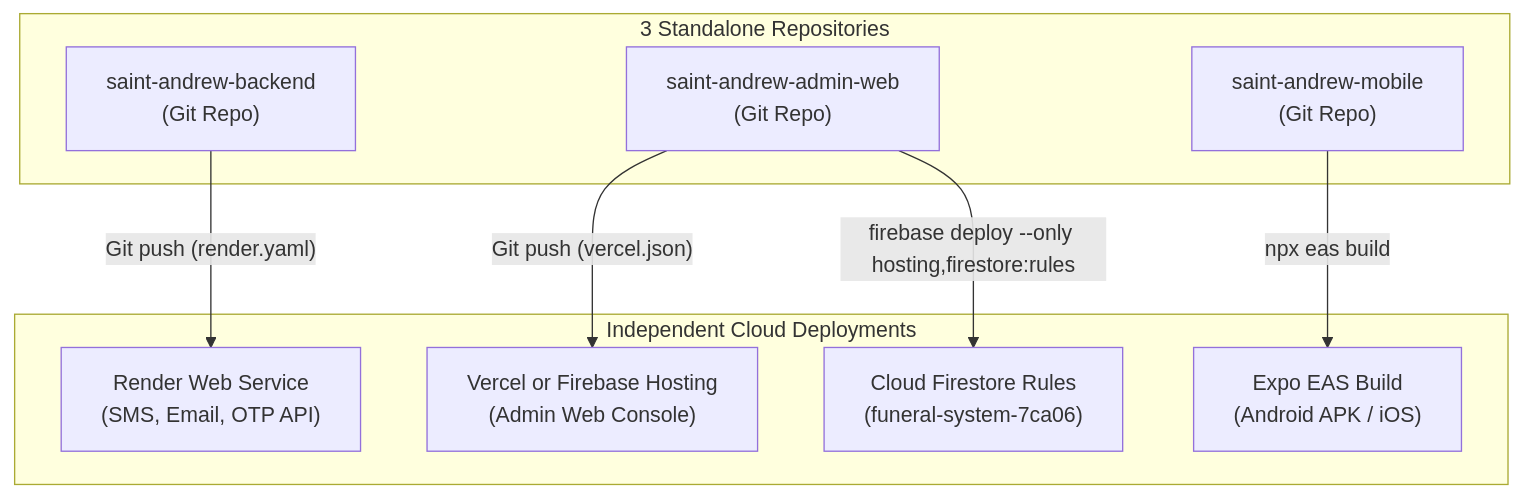
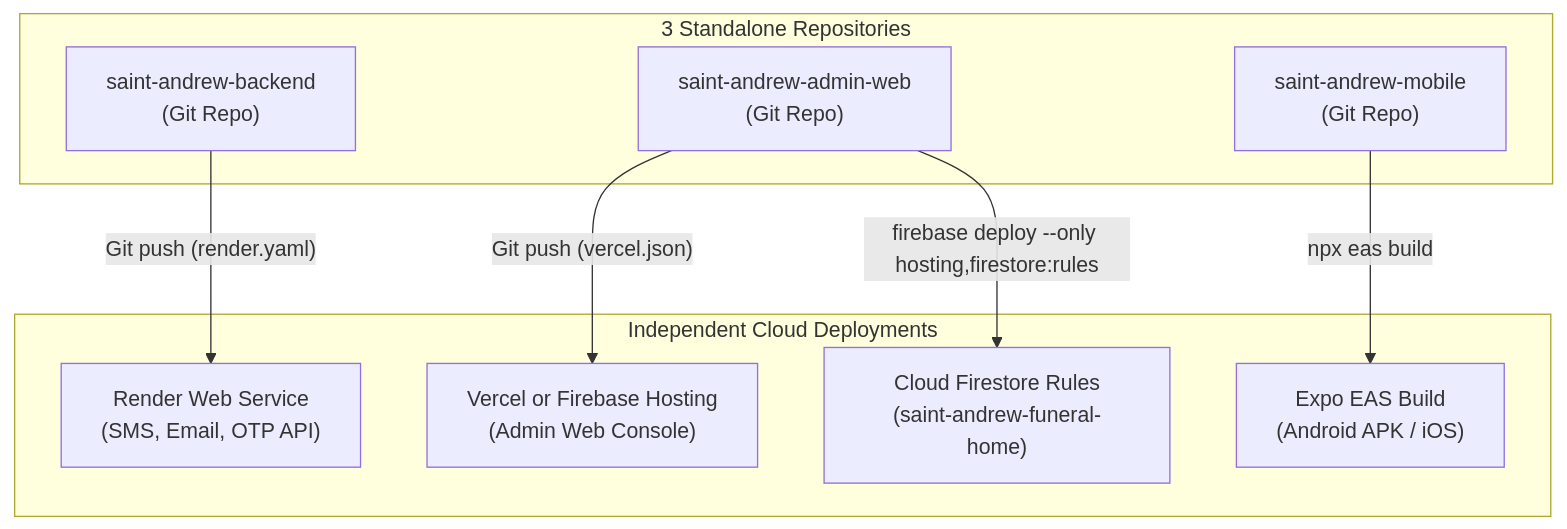
Before and after one commit to jomadlcrz/saint-andrew-backend: the diagram in docs/DEPLOYMENT_GUIDE.md, drawn with Mermaid. The commit also changed other lines of this file and 2 other files, not shown here.

First line of the commit message:
docs: point Firebase references at saint-andrew-funeral-home

````diff
--- a/docs/DEPLOYMENT_GUIDE.md
+++ b/docs/DEPLOYMENT_GUIDE.md
@@ -5,20 +5,20 @@
 ```mermaid
 flowchart TD
     subgraph Repos["3 Standalone Repositories"]
         R1["saint-andrew-backend\n(Git Repo)"]
         R2["saint-andrew-admin-web\n(Git Repo)"]
         R3["saint-andrew-mobile\n(Git Repo)"]
     end
 
     subgraph CloudHosts["Independent Cloud Deployments"]
         Render["Render Web Service\n(SMS, Email, OTP API)"]
         Vercel["Vercel or Firebase Hosting\n(Admin Web Console)"]
         EAS["Expo EAS Build\n(Android APK / iOS)"]
-        Firestore["Cloud Firestore Rules\n(funeral-system-7ca06)"]
+        Firestore["Cloud Firestore Rules\n(saint-andrew-funeral-home)"]
     end
 
     R1 -->|"Git push (render.yaml)"| Render
     R2 -->|"Git push (vercel.json)"| Vercel
     R2 -->|"firebase deploy --only hosting,firestore:rules"| Firestore
     R3 -->|"npx eas build"| EAS
 ```
````
